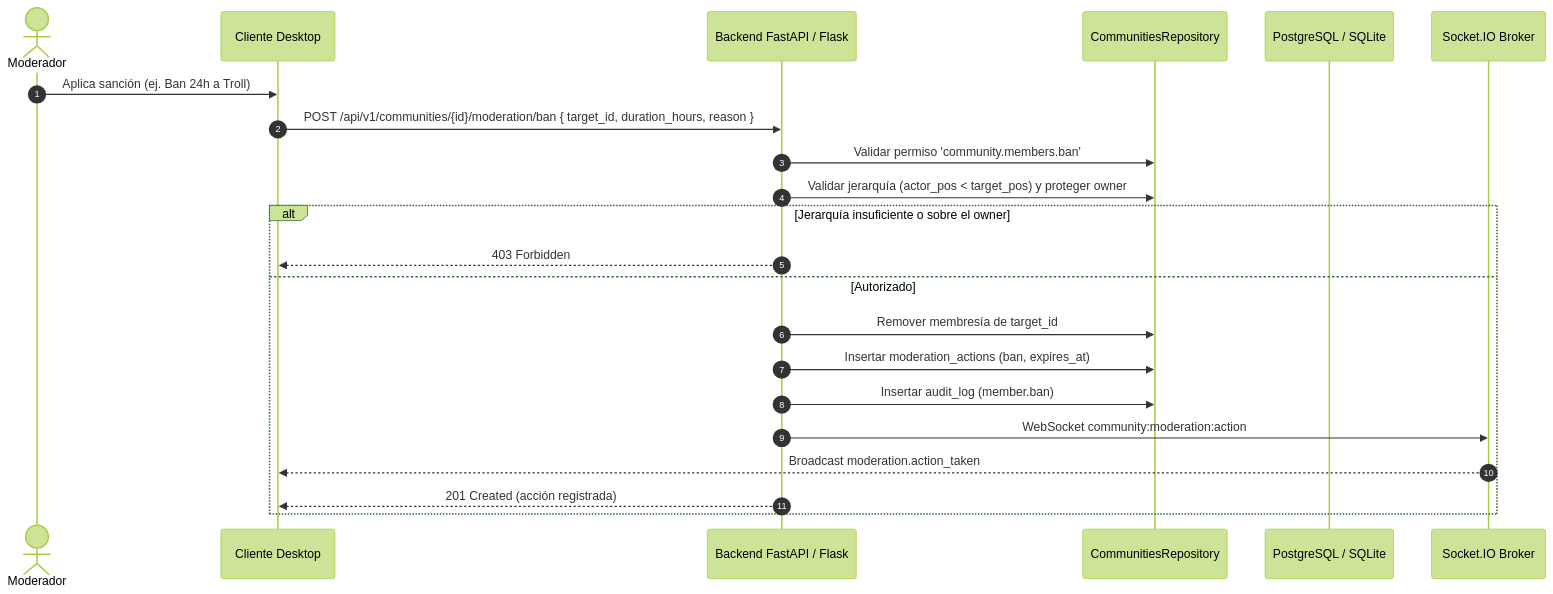
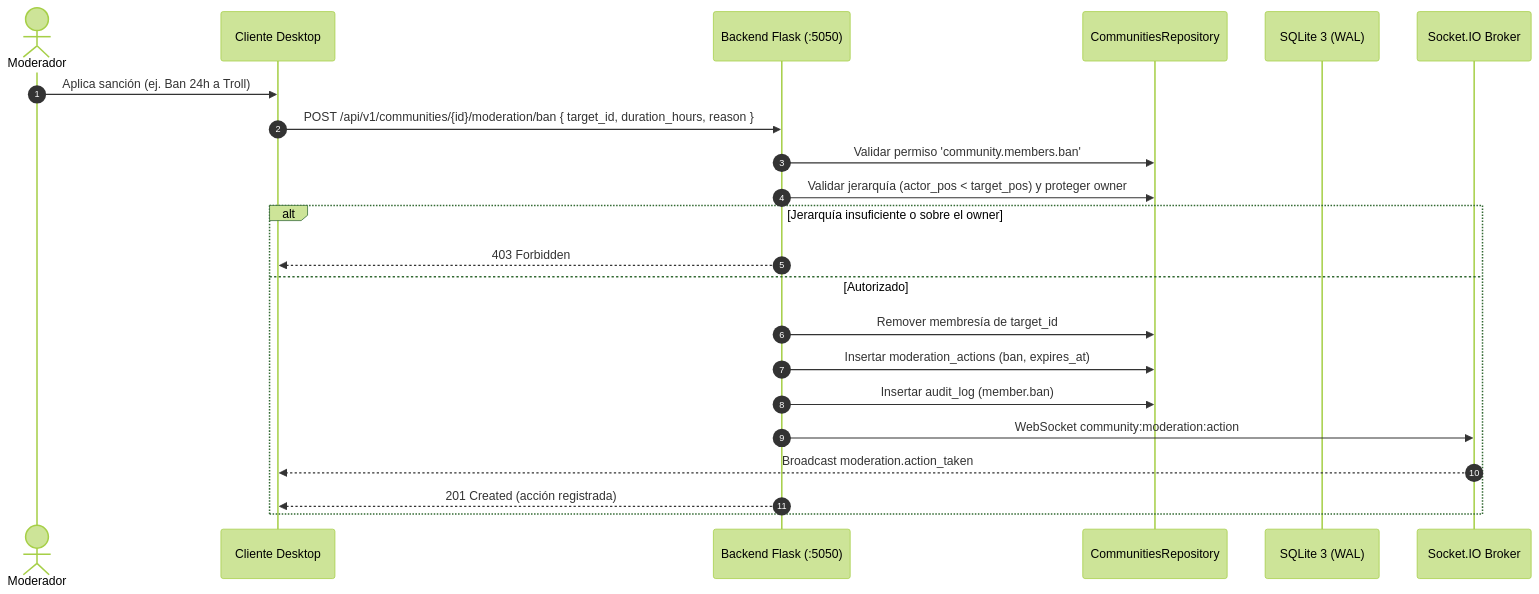
Before and after one commit to Camila-Ianni/C.C.I-SYSTEM: the diagram in documentacion/communities/FASE6_MODERACION.md, drawn with Mermaid (forest theme). The commit also changed 14 other files, not shown here.

Commit message:
fix(communities): close v3 audit findings (SQLite-only docs/schema, coturn no-tls, live TCP HTTP 200/WS 101 test, scope certification)

````diff
--- a/documentacion/communities/FASE6_MODERACION.md
+++ b/documentacion/communities/FASE6_MODERACION.md
@@ -38,25 +38,25 @@
 ```mermaid
 sequenceDiagram
     autonumber
     actor Mod as Moderador
     participant Client as Cliente Desktop
-    participant API as Backend FastAPI / Flask
+    participant API as Backend Flask (:5050)
     participant Repo as CommunitiesRepository
-    participant DB as PostgreSQL / SQLite
+    participant DB as SQLite 3 (WAL)
     participant WSS as Socket.IO Broker
 
     Mod->>Client: Aplica sanción (ej. Ban 24h a Troll)
     Client->>API: POST /api/v1/communities/{id}/moderation/ban { target_id, duration_hours, reason }
     API->>Repo: Validar permiso 'community.members.ban'
     API->>Repo: Validar jerarquía (actor_pos < target_pos) y proteger owner
     alt Jerarquía insuficiente o sobre el owner
         API-->>Client: 403 Forbidden
     else Autorizado
         API->>Repo: Remover membresía de target_id
         API->>Repo: Insertar moderation_actions (ban, expires_at)
         API->>Repo: Insertar audit_log (member.ban)
         API->>WSS: WebSocket community:moderation:action
         WSS-->>Client: Broadcast moderation.action_taken
         API-->>Client: 201 Created (acción registrada)
     end
 ```
````
